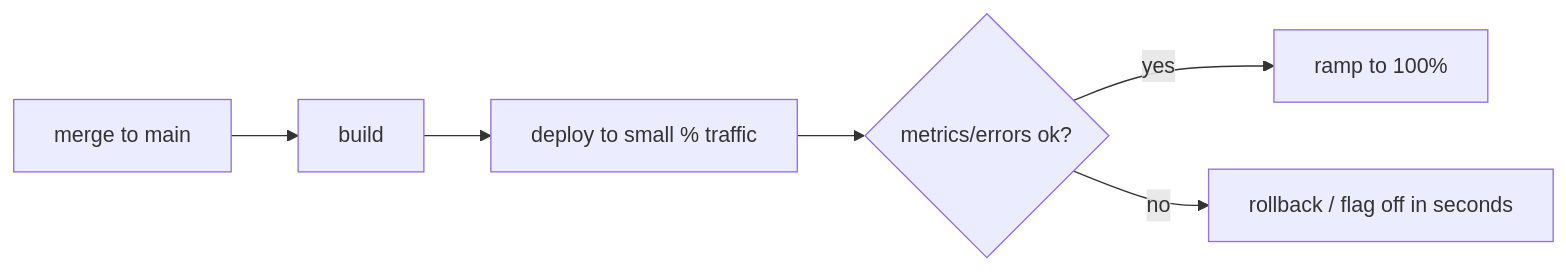
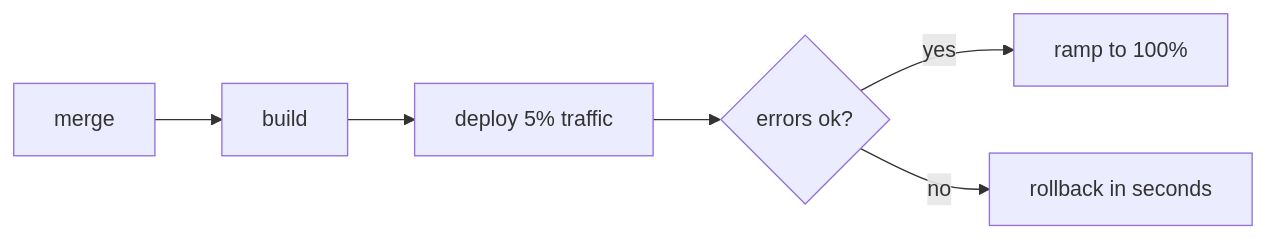
One commit to ashishxcode/frontend-internals changed the second of 2 diagrams in packages/content/content/27-git-cicd-deploy.mdx. Above: the diagram before and after it, drawn with Mermaid. The commit also changed other lines of this file and 34 other files, not shown here.

````diff
--- a/packages/content/content/27-git-cicd-deploy.mdx
+++ b/packages/content/content/27-git-cicd-deploy.mdx
@@ -64,7 +27,7 @@
 ```mermaid
 flowchart LR
-  merge[merge to main] --> build[build] --> canary[deploy to small % traffic]
-  canary --> watch{metrics/errors ok?}
+  merge[merge] --> build[build] --> canary[deploy 5% traffic]
+  canary --> watch{errors ok?}
   watch -->|yes| ramp[ramp to 100%]
-  watch -->|no| rollback[rollback / flag off in seconds]
+  watch -->|no| rollback[rollback in seconds]
 ```
````
